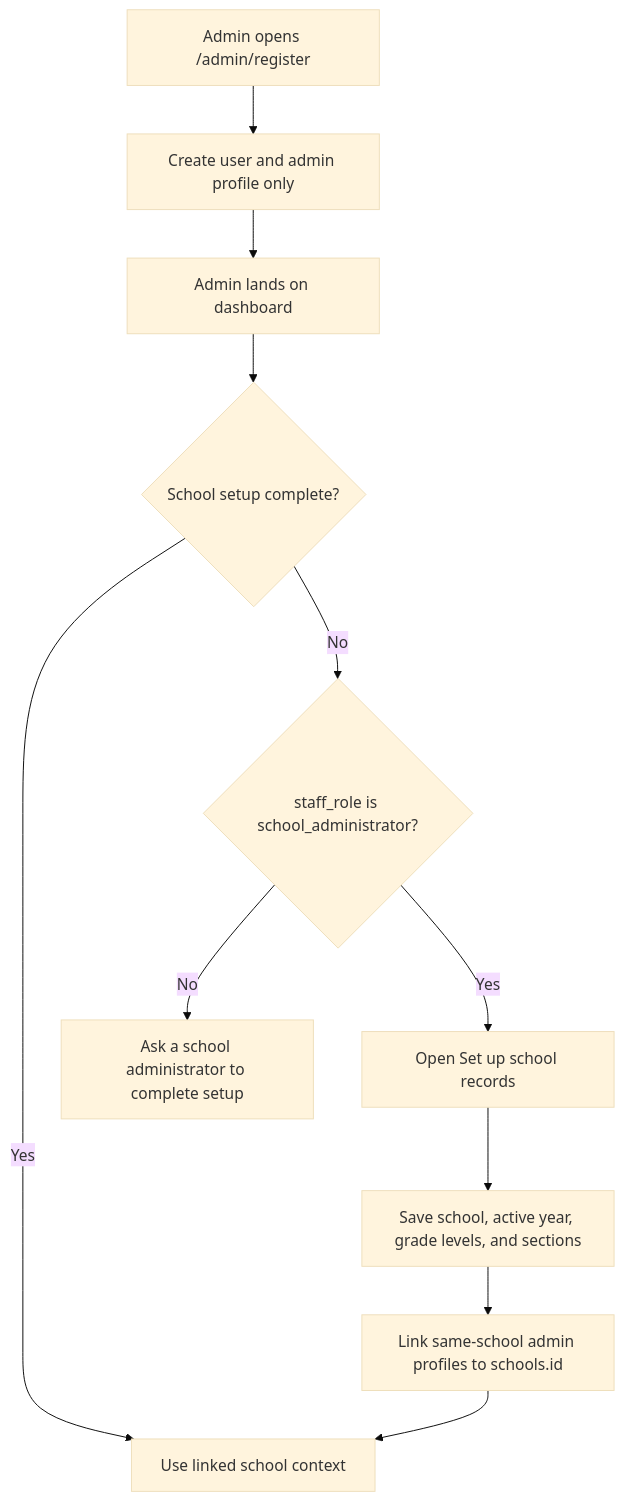
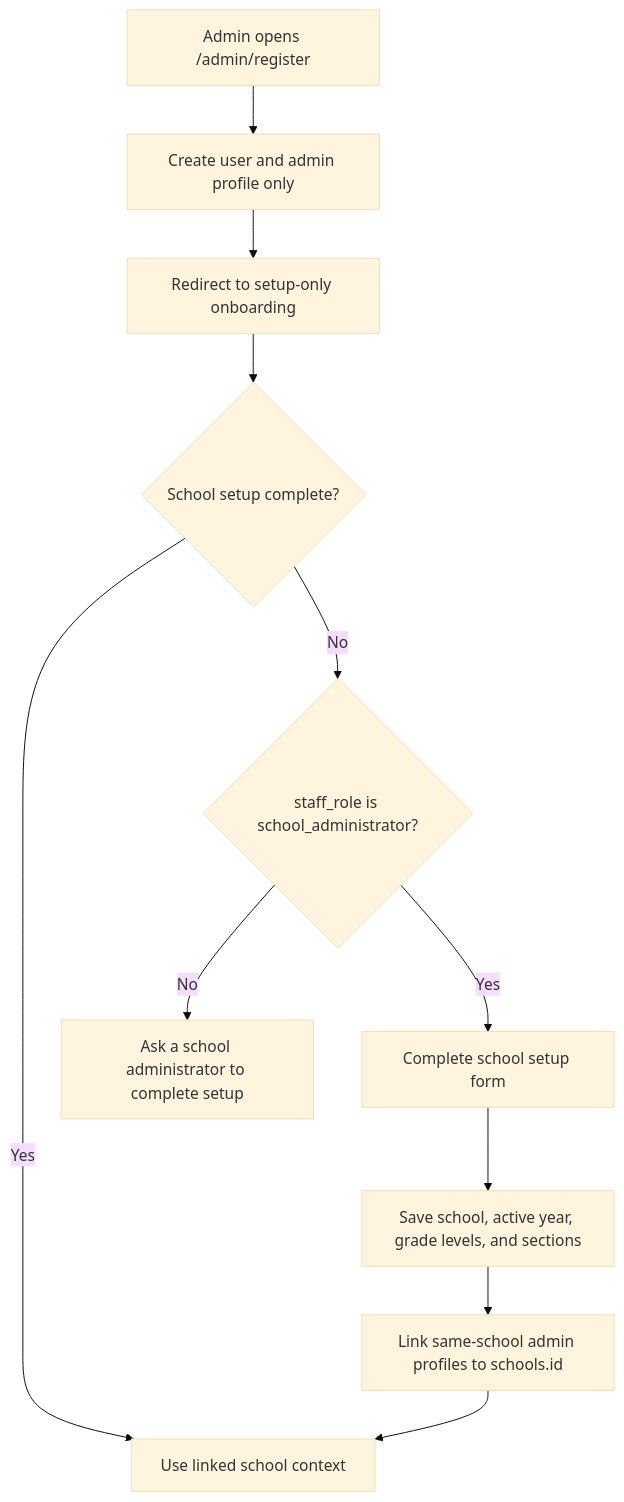
Before and after one commit to Xeyn19/xmetapay: the second of 7 diagrams in docs/DATABASE_SCHEMA_PLAN.md, drawn with Mermaid (base theme). The commit also changed 13 other files, not shown here.

````diff
--- a/docs/DATABASE_SCHEMA_PLAN.md
+++ b/docs/DATABASE_SCHEMA_PLAN.md
@@ -675,13 +675,13 @@
 ```mermaid
 flowchart TD
   A["Admin opens /admin/register"] --> B["Create user and admin profile only"]
-  B --> C["Admin lands on dashboard"]
+  B --> C["Redirect to setup-only onboarding"]
   C --> D{"School setup complete?"}
   D -->|Yes| E["Use linked school context"]
   D -->|No| F{"staff_role is school_administrator?"}
   F -->|No| G["Ask a school administrator to complete setup"]
-  F -->|Yes| H["Open Set up school records"]
+  F -->|Yes| H["Complete school setup form"]
   H --> I["Save school, active year, grade levels, and sections"]
   I --> J["Link same-school admin profiles to schools.id"]
   J --> E
 ```
````
